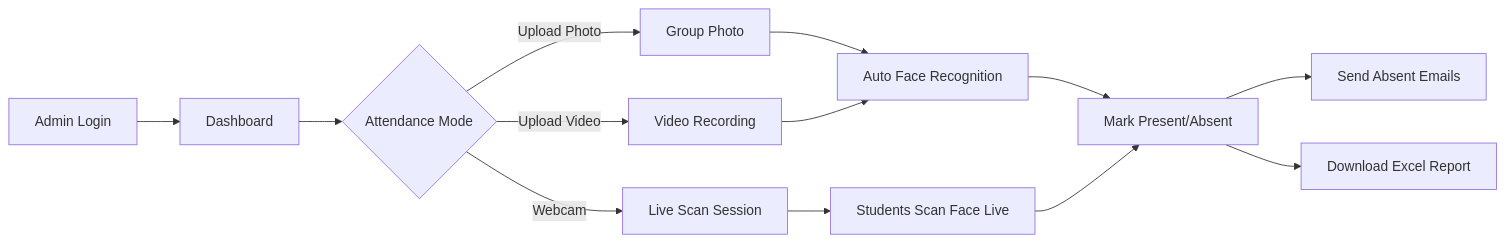
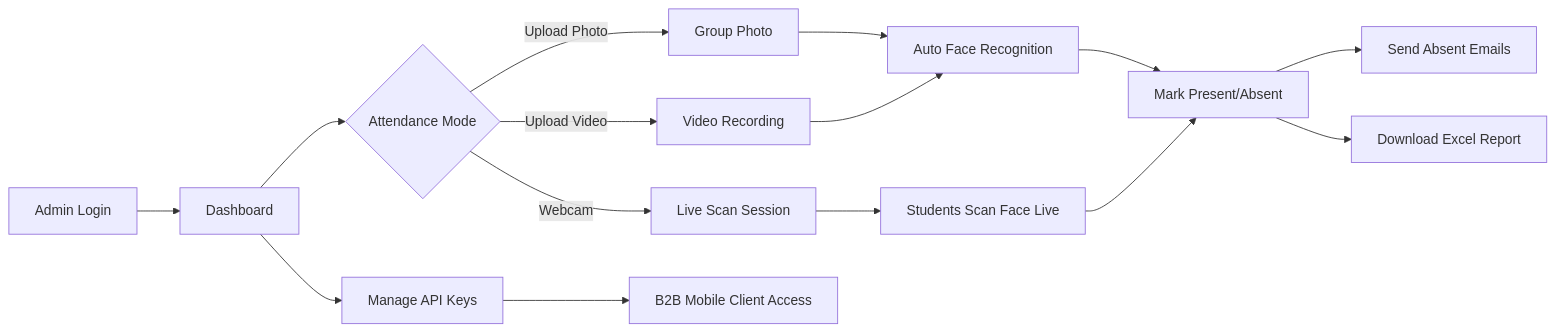
One commit to nensiandani/Face-Recognition-Attendance changed the fifth of 6 diagrams in README.md. Above: the diagram before and after it, drawn with Mermaid. The commit also changed other lines of this file, not shown here.

First line of the commit message:
Update README with new features and architecture

````diff
--- a/README.md
+++ b/README.md
@@ -715,15 +985,17 @@
 ```mermaid
 graph LR
     A[Admin Login] --> B[Dashboard]
     B --> C{Attendance Mode}
     C -->|Upload Photo| D[Group Photo]
     C -->|Upload Video| E[Video Recording]
     C -->|Webcam| F[Live Scan Session]
     D --> G[Auto Face Recognition]
     E --> G
     F --> H[Students Scan Face Live]
     G --> I[Mark Present/Absent]
     H --> I
     I --> J[Send Absent Emails]
     I --> K[Download Excel Report]
+    B --> L[Manage API Keys]
+    L --> M[B2B Mobile Client Access]
 ```
````
